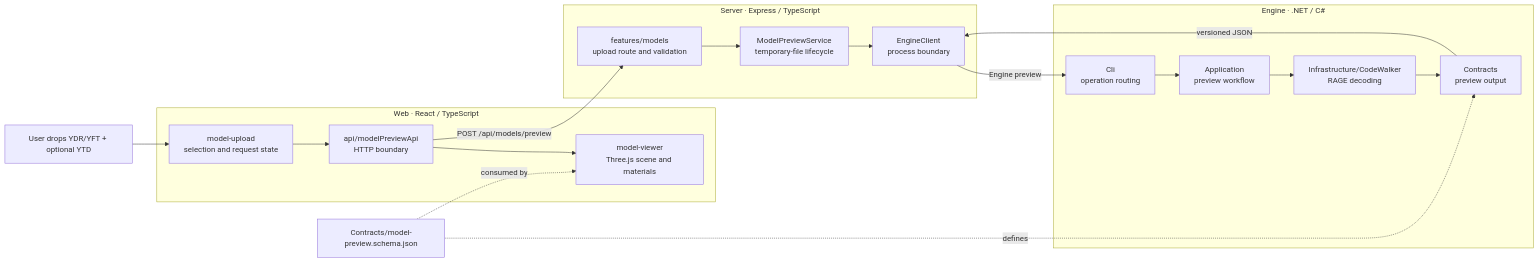
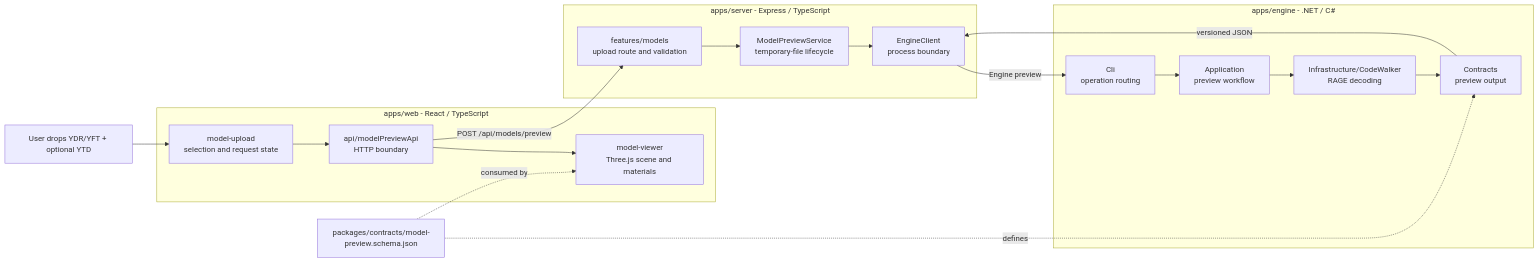
The first of 2 diagrams in docs/PROJECT_MAP.md (Pxpe123/FiveMesh), drawn with Mermaid before and after one commit. The commit also changed other lines of this file and 70 other files, not shown here.

````diff
--- a/docs/PROJECT_MAP.md
+++ b/docs/PROJECT_MAP.md
@@ -5,38 +5,38 @@
 ```mermaid
 flowchart LR
     User["User drops YDR/YFT + optional YTD"]
 
-    subgraph Web["Web · React / TypeScript"]
+    subgraph Web["apps/web - React / TypeScript"]
         Upload["model-upload<br/>selection and request state"]
         Api["api/modelPreviewApi<br/>HTTP boundary"]
         Viewer["model-viewer<br/>Three.js scene and materials"]
         Upload --> Api
         Api --> Viewer
     end
 
-    subgraph Server["Server · Express / TypeScript"]
+    subgraph Server["apps/server - Express / TypeScript"]
         Route["features/models<br/>upload route and validation"]
         Service["ModelPreviewService<br/>temporary-file lifecycle"]
         Client["EngineClient<br/>process boundary"]
         Route --> Service --> Client
     end
 
-    subgraph Engine["Engine · .NET / C#"]
+    subgraph Engine["apps/engine - .NET / C#"]
         Command["Cli<br/>operation routing"]
         Preview["Application<br/>preview workflow"]
         CodeWalker["Infrastructure/CodeWalker<br/>RAGE decoding"]
         Contract["Contracts<br/>preview output"]
         Command --> Preview
         Preview --> CodeWalker
         CodeWalker --> Contract
     end
 
-    Schema["Contracts/model-preview.schema.json"]
+    Schema["packages/contracts/model-preview.schema.json"]
 
     User --> Upload
     Api -->|POST /api/models/preview| Route
     Client -->|Engine preview| Command
     Contract -->|versioned JSON| Client
     Schema -. defines .-> Contract
     Schema -. consumed by .-> Viewer
 ```
````
